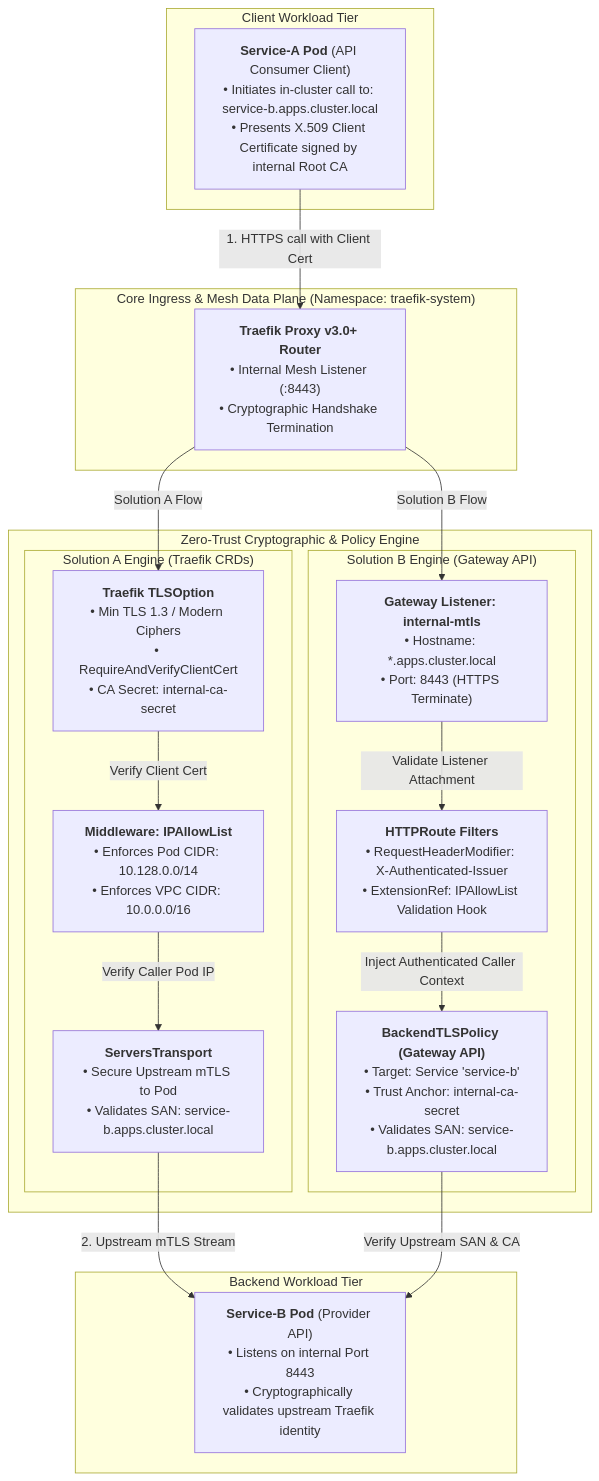
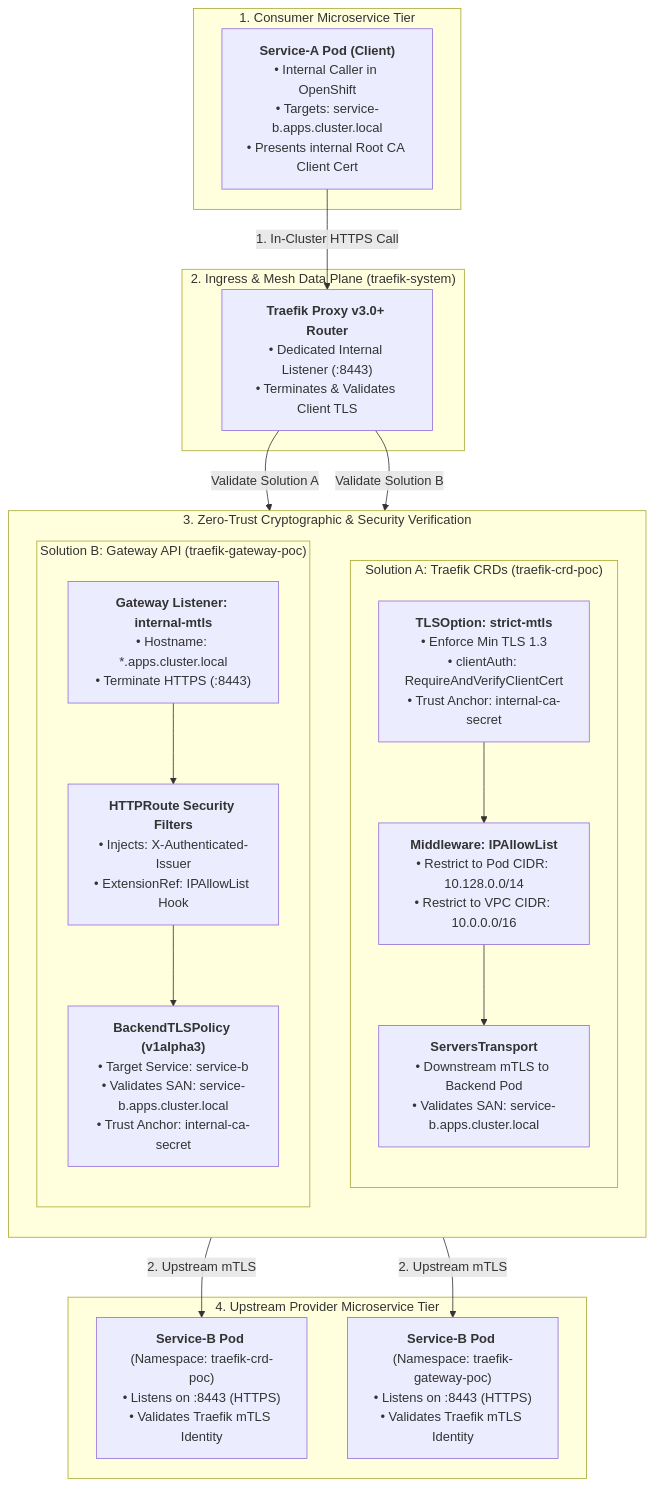
The second of 2 diagrams in README.md (nubenetes/traefik-fqdn-management-poc-openshift-aws), drawn with Mermaid before and after one commit. The commit also changed other lines of this file, not shown here.

Commit message:
fix(mermaid): harmonize all repo Mermaid diagrams with tiered responsive layouts and no text clipping

````diff
--- a/README.md
+++ b/README.md
@@ -184,40 +188,43 @@
 ```mermaid
 flowchart TD
-    subgraph Client_Tier ["Client Workload Tier"]
-        ServiceA["<b>Service-A Pod</b> (API Consumer Client)<br/>• Initiates in-cluster call to: service-b.apps.cluster.local<br/>• Presents X.509 Client Certificate signed by internal Root CA"]
+    subgraph Client_Tier ["1. Consumer Microservice Tier"]
+        ServiceA["<b>Service-A Pod (Client)</b><br/>• Internal Caller in OpenShift<br/>• Targets: service-b.apps.cluster.local<br/>• Presents internal Root CA Client Cert"]
     end
 
-    subgraph Ingress_Core ["Core Ingress & Mesh Data Plane (Namespace: traefik-system)"]
-        TraefikInternal["<b>Traefik Proxy v3.0+ Router</b><br/>• Internal Mesh Listener (:8443)<br/>• Cryptographic Handshake Termination"]
+    subgraph Ingress_Mesh ["2. Ingress & Mesh Data Plane (traefik-system)"]
+        TraefikInternal["<b>Traefik Proxy v3.0+ Router</b><br/>• Dedicated Internal Listener (:8443)<br/>• Terminates & Validates Client TLS"]
     end
 
-    subgraph Security_Validation ["Zero-Trust Cryptographic & Policy Engine"]
-        subgraph SolA_Security ["Solution A Engine (Traefik CRDs)"]
-            TLSOption["<b>Traefik TLSOption</b><br/>• Min TLS 1.3 / Modern Ciphers<br/>• RequireAndVerifyClientCert<br/>• CA Secret: internal-ca-secret"]
-            ST["<b>ServersTransport</b><br/>• Secure Upstream mTLS to Pod<br/>• Validates SAN: service-b.apps.cluster.local"]
-            MW_IP["<b>Middleware: IPAllowList</b><br/>• Enforces Pod CIDR: 10.128.0.0/14<br/>• Enforces VPC CIDR: 10.0.0.0/16"]
+    subgraph Policy_Validation ["3. Zero-Trust Cryptographic & Security Verification"]
+        direction TB
+
+        subgraph SolA_Security ["Solution A: Traefik CRDs (traefik-crd-poc)"]
+            direction TB
+            TLSOption["<b>TLSOption: strict-mtls</b><br/>• Enforce Min TLS 1.3<br/>• clientAuth: RequireAndVerifyClientCert<br/>• Trust Anchor: internal-ca-secret"]
+            MW_IP["<b>Middleware: IPAllowList</b><br/>• Restrict to Pod CIDR: 10.128.0.0/14<br/>• Restrict to VPC CIDR: 10.0.0.0/16"]
+            ST["<b>ServersTransport</b><br/>• Downstream mTLS to Backend Pod<br/>• Validates SAN: service-b.apps.cluster.local"]
+            TLSOption --> MW_IP --> ST
         end
 
-        subgraph SolB_Security ["Solution B Engine (Gateway API)"]
-            GW_Internal["<b>Gateway Listener: internal-mtls</b><br/>• Hostname: *.apps.cluster.local<br/>• Port: 8443 (HTTPS Terminate)"]
-            BTLP["<b>BackendTLSPolicy (Gateway API)</b><br/>• Target: Service 'service-b'<br/>• Trust Anchor: internal-ca-secret<br/>• Validates SAN: service-b.apps.cluster.local"]
-            HR_Filter["<b>HTTPRoute Filters</b><br/>• RequestHeaderModifier: X-Authenticated-Issuer<br/>• ExtensionRef: IPAllowList Validation Hook"]
+        subgraph SolB_Security ["Solution B: Gateway API (traefik-gateway-poc)"]
+            direction TB
+            GW_Internal["<b>Gateway Listener: internal-mtls</b><br/>• Hostname: *.apps.cluster.local<br/>• Terminate HTTPS (:8443)"]
+            HR_Filter["<b>HTTPRoute Security Filters</b><br/>• Injects: X-Authenticated-Issuer<br/>• ExtensionRef: IPAllowList Hook"]
+            BTLP["<b>BackendTLSPolicy (v1alpha3)</b><br/>• Target Service: service-b<br/>• Validates SAN: service-b.apps.cluster.local<br/>• Trust Anchor: internal-ca-secret"]
+            GW_Internal --> HR_Filter --> BTLP
         end
     end
 
-    subgraph Backend_Tier ["Backend Workload Tier"]
-        ServiceB["<b>Service-B Pod</b> (Provider API)<br/>• Listens on internal Port 8443<br/>• Cryptographically validates upstream Traefik identity"]
+    subgraph Provider_Tier ["4. Upstream Provider Microservice Tier"]
+        ServiceB_A["<b>Service-B Pod</b> (Namespace: traefik-crd-poc)<br/>• Listens on :8443 (HTTPS)<br/>• Validates Traefik mTLS Identity"]
+        ServiceB_B["<b>Service-B Pod</b> (Namespace: traefik-gateway-poc)<br/>• Listens on :8443 (HTTPS)<br/>• Validates Traefik mTLS Identity"]
     end
 
-    ServiceA -->|"1. HTTPS call with Client Cert"| TraefikInternal
+    ServiceA -->|"1. In-Cluster HTTPS Call"| TraefikInternal
 
-    TraefikInternal -->|"Solution A Flow"| TLSOption
-    TLSOption -->|"Verify Client Cert"| MW_IP
-    MW_IP -->|"Verify Caller Pod IP"| ST
-    ST -->|"2. Upstream mTLS Stream"| ServiceB
+    TraefikInternal -->|"Validate Solution A"| TLSOption
+    ST -->|"2. Upstream mTLS"| ServiceB_A
 
-    TraefikInternal -->|"Solution B Flow"| GW_Internal
-    GW_Internal -->|"Validate Listener Attachment"| HR_Filter
-    HR_Filter -->|"Inject Authenticated Caller Context"| BTLP
-    BTLP -->|"Verify Upstream SAN & CA"| ServiceB
+    TraefikInternal -->|"Validate Solution B"| GW_Internal
+    BTLP -->|"2. Upstream mTLS"| ServiceB_B
 ```
````
